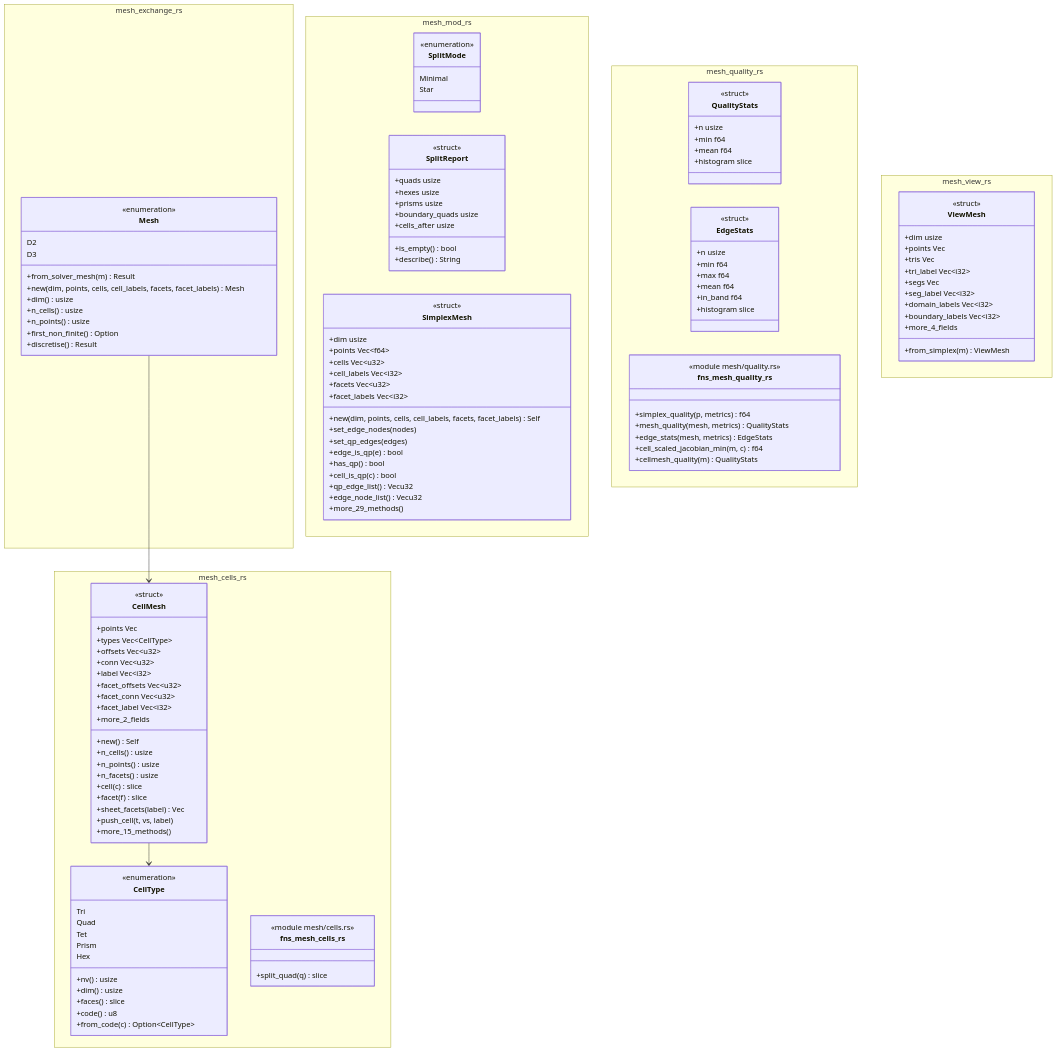
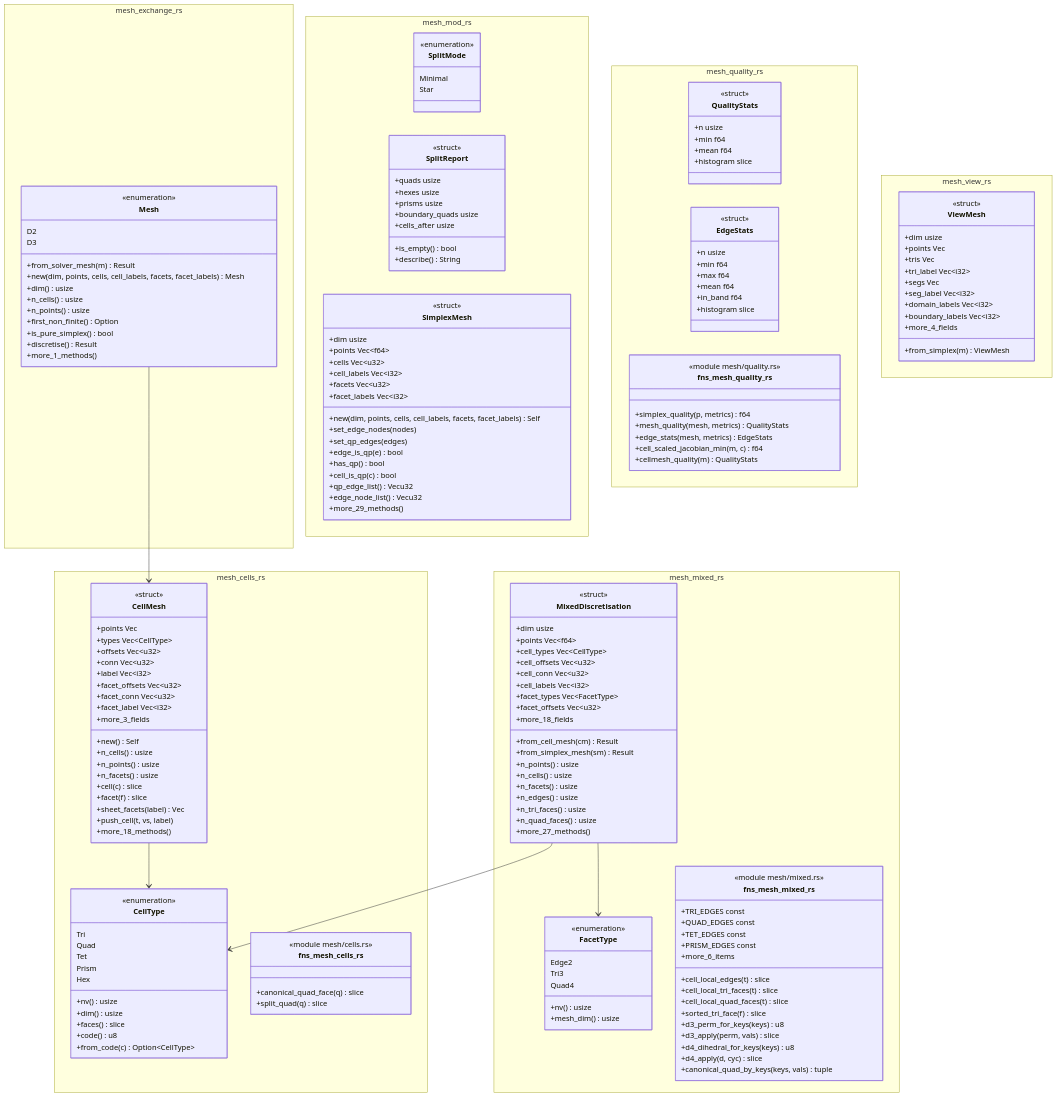
Before and after one commit to p-j-r/nyx: the diagram in docs/architecture/c4/4-code/femcore/mesh.md, drawn with Mermaid. The commit also changed other lines of this file and 110 other files, not shown here.

````diff
--- a/docs/architecture/c4/4-code/femcore/mesh.md
+++ b/docs/architecture/c4/4-code/femcore/mesh.md
@@ -81,7 +101,7 @@
         +facet_offsets Vec~u32~
         +facet_conn Vec~u32~
         +facet_label Vec~i32~
-        +more_2_fields
+        +more_3_fields
         +new() Self
         +n_cells() usize
         +n_points() usize
@@ -90,10 +110,11 @@
         +facet(f) slice
         +sheet_facets(label) Vec
         +push_cell(t, vs, label)
-        +more_15_methods()
+        +more_18_methods()
     }
     class fns_mesh_cells_rs {
         <<module mesh/cells.rs>>
+        +canonical_quad_face(q) slice
         +split_quad(q) slice
     }
   }
@@ -108,7 +129,57 @@
         +n_cells() usize
         +n_points() usize
         +first_non_finite() Option
+        +is_pure_simplex() bool
         +discretise() Result
+        +more_1_methods()
+    }
+  }
+  namespace mesh_mixed_rs {
+    class FacetType {
+        <<enumeration>>
+        Edge2
+        Tri3
+        Quad4
+        +nv() usize
+        +mesh_dim() usize
+    }
+    class MixedDiscretisation {
+        <<struct>>
+        +dim usize
+        +points Vec~f64~
+        +cell_types Vec~CellType~
+        +cell_offsets Vec~u32~
+        +cell_conn Vec~u32~
+        +cell_labels Vec~i32~
+        +facet_types Vec~FacetType~
+        +facet_offsets Vec~u32~
+        +more_18_fields
+        +from_cell_mesh(cm) Result
+        +from_simplex_mesh(sm) Result
+        +n_points() usize
+        +n_cells() usize
+        +n_facets() usize
+        +n_edges() usize
+        +n_tri_faces() usize
+        +n_quad_faces() usize
+        +more_27_methods()
+    }
+    class fns_mesh_mixed_rs {
+        <<module mesh/mixed.rs>>
+        +cell_local_edges(t) slice
+        +cell_local_tri_faces(t) slice
+        +cell_local_quad_faces(t) slice
+        +sorted_tri_face(f) slice
+        +d3_perm_for_keys(keys) u8
+        +d3_apply(perm, vals) slice
+        +d4_dihedral_for_keys(keys) u8
+        +d4_apply(d, cyc) slice
+        +canonical_quad_by_keys(keys, vals) tuple
+        +TRI_EDGES const
+        +QUAD_EDGES const
+        +TET_EDGES const
+        +PRISM_EDGES const
+        +more_6_items
     }
   }
   namespace mesh_mod_rs {
@@ -189,4 +260,6 @@
   }
   CellMesh --> CellType
   Mesh --> CellMesh
+  MixedDiscretisation --> CellType
+  MixedDiscretisation --> FacetType
 ```
````
